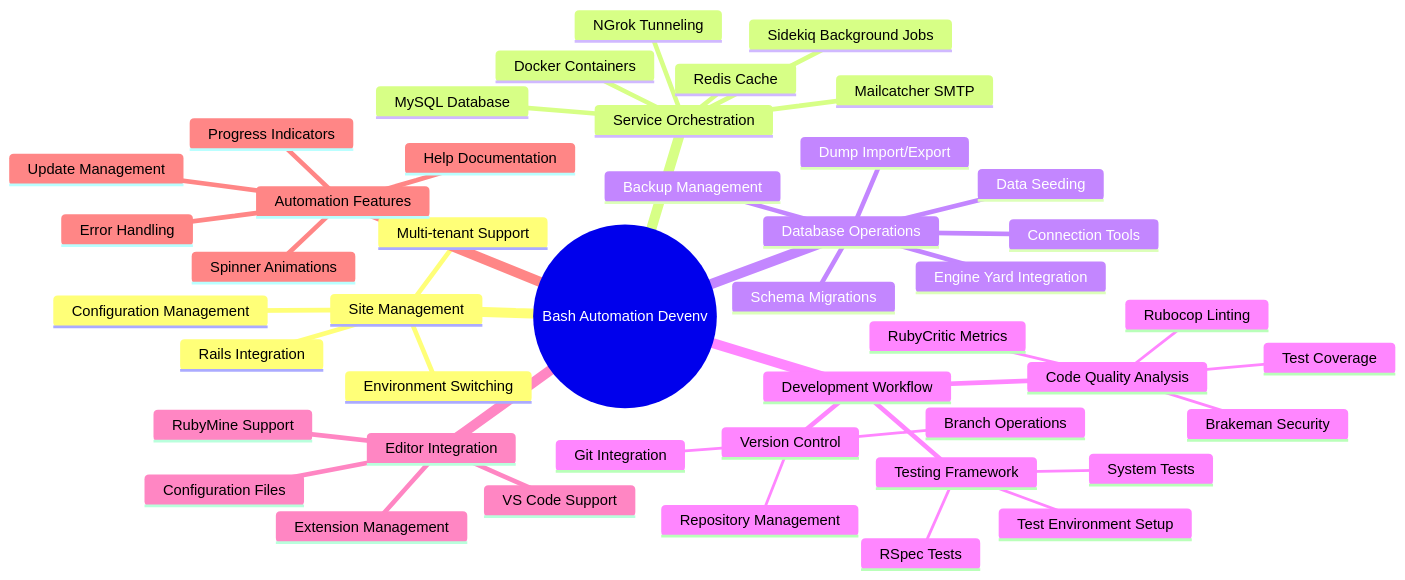
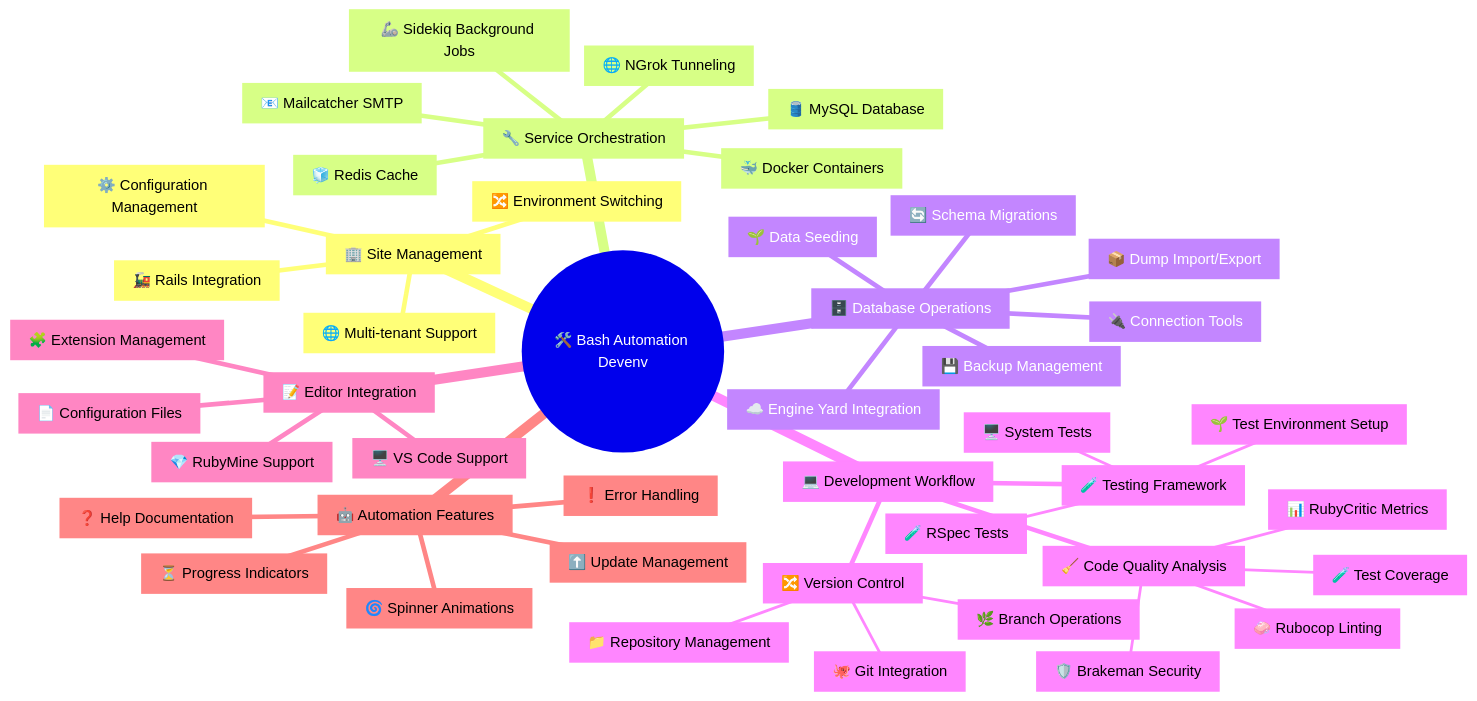
Before and after one commit to enogrob/project-automation-devenv: the fourth of 4 diagrams in README.md, drawn with Mermaid. The commit also changed other lines of this file and 1 other file, not shown here.

````diff
--- a/README.md
+++ b/README.md
@@ -203,53 +221,49 @@
 ```mermaid
+%% Mind map with emoticons and pastel colors
 mindmap
-  root((Bash Automation Devenv))
-    Site Management
-      Multi-tenant Support
-      Environment Switching
-      Configuration Management
-      Rails Integration
-    
-    Service Orchestration
-      MySQL Database
-      Redis Cache
-      Mailcatcher SMTP
-      Sidekiq Background Jobs
-      NGrok Tunneling
-      Docker Containers
-    
-    Database Operations
-      Schema Migrations
-      Data Seeding
-      Backup Management
-      Dump Import/Export
-      Connection Tools
-      Engine Yard Integration
-    
-    Development Workflow
-      Code Quality Analysis
-        Rubocop Linting
-        Brakeman Security
-        RubyCritic Metrics
-        Test Coverage
-      Testing Framework
-        RSpec Tests
-        System Tests
-        Test Environment Setup
-      Version Control
-        Git Integration
-        Repository Management
-        Branch Operations
-    
-    Editor Integration
-      VS Code Support
-      RubyMine Support
-      Configuration Files
-      Extension Management
-    
-    Automation Features
-      Progress Indicators
-      Spinner Animations
-      Error Handling
-      Help Documentation
-      Update Management
+  root((🛠️ Bash Automation Devenv))
+    Site_Management[🏢 Site Management]
+      MultiTenant[🌐 Multi-tenant Support]
+      EnvSwitch[🔀 Environment Switching]
+      ConfigMgmt[⚙️ Configuration Management]
+      RailsInt[🚂 Rails Integration]
+    Service_Orch[🔧 Service Orchestration]
+      MySQL[🛢️ MySQL Database]
+      Redis[🧊 Redis Cache]
+      Mailcatcher[📧 Mailcatcher SMTP]
+      Sidekiq[🦾 Sidekiq Background Jobs]
+      NGrok[🌐 NGrok Tunneling]
+      Docker[🐳 Docker Containers]
+    Database_Ops[🗄️ Database Operations]
+      SchemaMig[🔄 Schema Migrations]
+      DataSeed[🌱 Data Seeding]
+      Backup[💾 Backup Management]
+      Dump[📦 Dump Import/Export]
+      ConnTools[🔌 Connection Tools]
+      EYard[☁️ Engine Yard Integration]
+    Dev_Workflow[💻 Development Workflow]
+      CodeQual[🧹 Code Quality Analysis]
+        Rubocop[🧼 Rubocop Linting]
+        Brakeman[🛡️ Brakeman Security]
+        RubyCritic[📊 RubyCritic Metrics]
+        TestCov[🧪 Test Coverage]
+      TestFW[🧪 Testing Framework]
+        RSpec[🧪 RSpec Tests]
+        SysTest[🖥️ System Tests]
+        TestEnv[🌱 Test Environment Setup]
+      VCS[🔀 Version Control]
+        GitInt[🐙 Git Integration]
+        RepoMgmt[📁 Repository Management]
+        BranchOps[🌿 Branch Operations]
+    EditorInt[📝 Editor Integration]
+      VSCode[🖥️ VS Code Support]
+      RubyMine[💎 RubyMine Support]
+      ConfigFiles[📄 Configuration Files]
+      ExtMgmt[🧩 Extension Management]
+    Automation[🤖 Automation Features]
+      Progress[⏳ Progress Indicators]
+      Spinner[🌀 Spinner Animations]
+      Error[❗ Error Handling]
+      Help[❓ Help Documentation]
+      Update[⬆️ Update Management]
 ```
````
